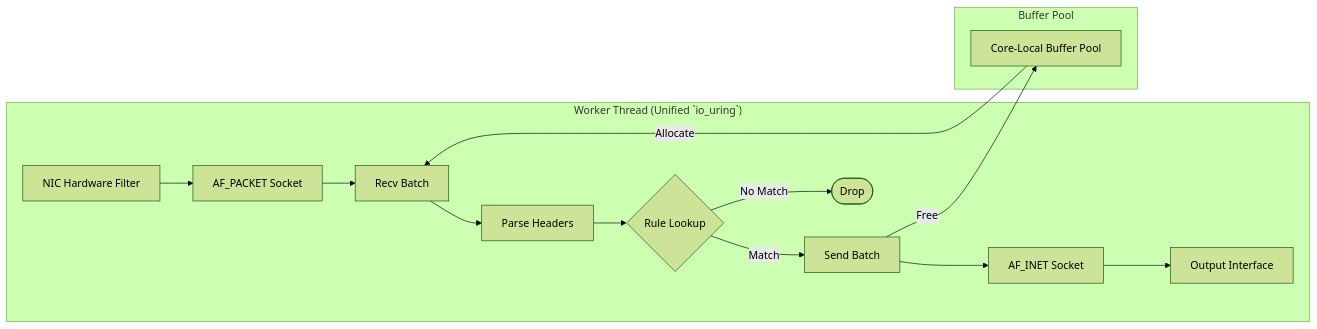
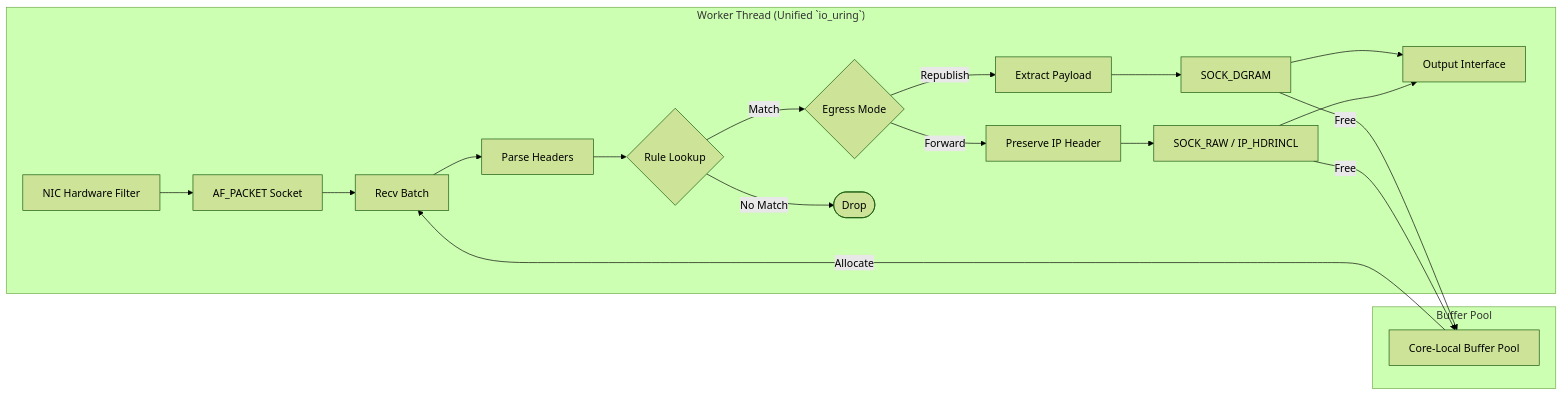
Before and after one commit to acooks/mcr: the second of 3 diagrams in developer_docs/ARCHITECTURE.md, drawn with Mermaid (forest theme). The commit also changed other lines of this file and 17 other files, not shown here.

First line of the commit message:
feat: EgressMode enum (Republish/Forward) with TtlPolicy for transit relay

````diff
--- a/developer_docs/ARCHITECTURE.md
+++ b/developer_docs/ARCHITECTURE.md
@@ -165,20 +173,25 @@
 ```mermaid
 flowchart LR
     subgraph "Worker Thread (Unified `io_uring`)"
         NIC[NIC Hardware Filter] --> AF[AF_PACKET Socket];
         AF --> RECV[Recv Batch];
         RECV --> PARSE[Parse Headers];
         PARSE --> LOOKUP{Rule Lookup};
-        LOOKUP -- Match --> SEND[Send Batch];
+        LOOKUP -- Match --> MODE{Egress Mode};
         LOOKUP -- No Match --> DROP([Drop]);
-        SEND --> INET[AF_INET Socket];
-        INET --> OUT[Output Interface];
+        MODE -- Republish --> EXTRACT[Extract Payload];
+        MODE -- Forward --> HDRINCL[Preserve IP Header];
+        EXTRACT --> UDP[SOCK_DGRAM];
+        HDRINCL --> RAW[SOCK_RAW / IP_HDRINCL];
+        UDP --> OUT[Output Interface];
+        RAW --> OUT;
     end
 
     subgraph "Buffer Pool"
         BP[Core-Local Buffer Pool]
     end
 
     BP -- Allocate --> RECV;
-    SEND -- Free --> BP;
+    UDP -- Free --> BP;
+    RAW -- Free --> BP;
 ```
````
